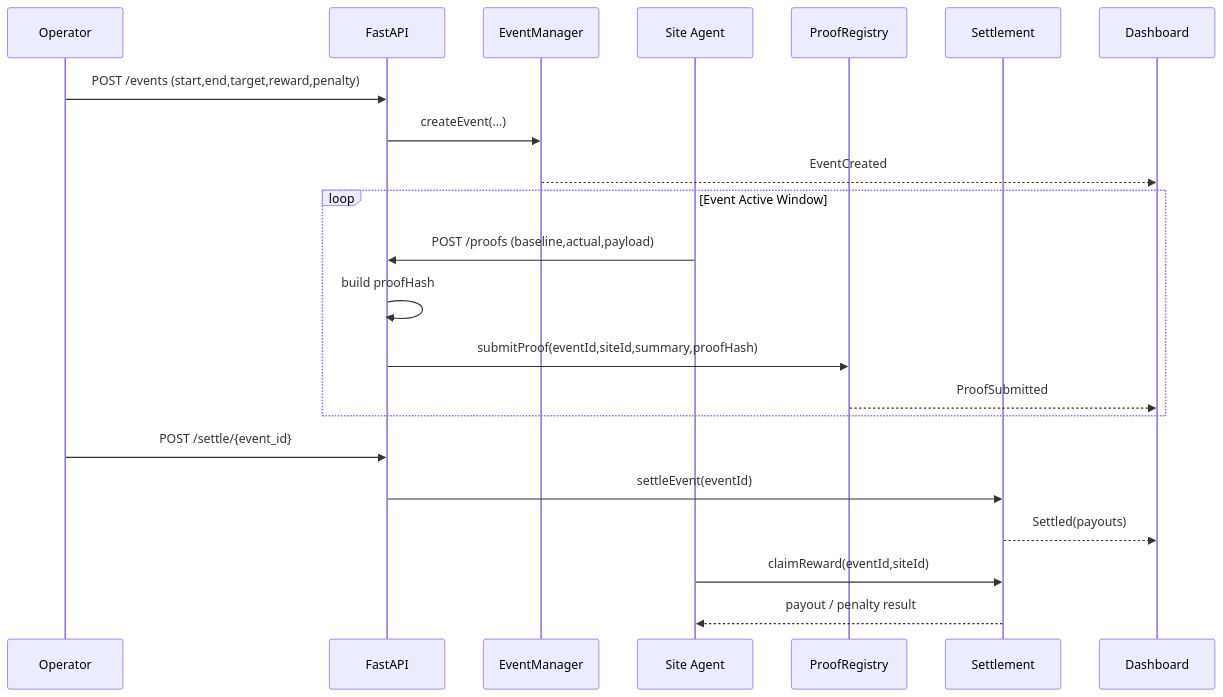
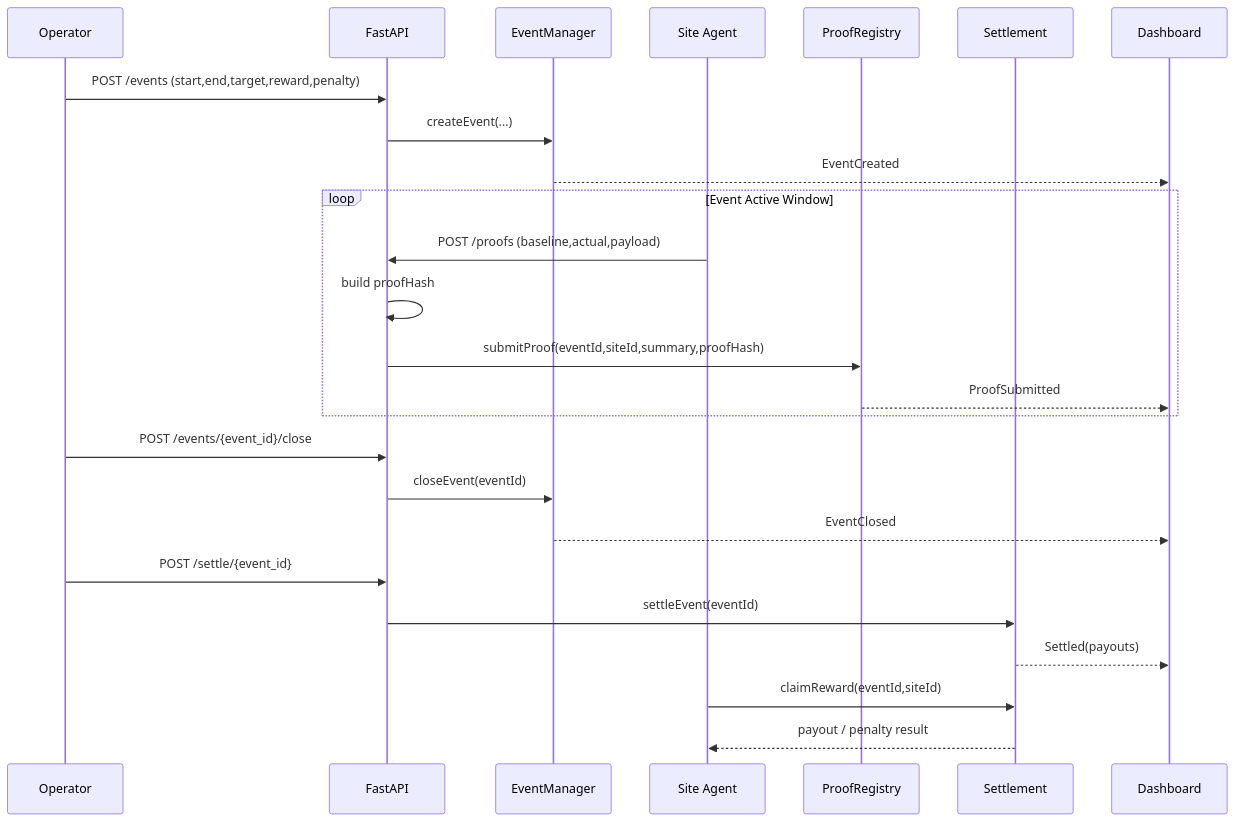
One commit to AIEnergyBlockchain/StorageAlpha changed the second of 2 diagrams in README.md. Above: the diagram before and after it, drawn with Mermaid. The commit also changed other lines of this file and 29 other files, not shown here.

````diff
--- a/README.md
+++ b/README.md
@@ -219,28 +280,32 @@
 ```mermaid
 sequenceDiagram
     participant O as Operator
     participant API as FastAPI
     participant EM as EventManager
     participant AG as Site Agent
     participant PR as ProofRegistry
     participant ST as Settlement
     participant D as Dashboard
 
     O->>API: POST /events (start,end,target,reward,penalty)
     API->>EM: createEvent(...)
     EM-->>D: EventCreated
 
     loop Event Active Window
         AG->>API: POST /proofs (baseline,actual,payload)
         API->>API: build proofHash
         API->>PR: submitProof(eventId,siteId,summary,proofHash)
         PR-->>D: ProofSubmitted
     end
 
+    O->>API: POST /events/{event_id}/close
+    API->>EM: closeEvent(eventId)
+    EM-->>D: EventClosed
+
     O->>API: POST /settle/{event_id}
     API->>ST: settleEvent(eventId)
     ST-->>D: Settled(payouts)
 
     AG->>ST: claimReward(eventId,siteId)
     ST-->>AG: payout / penalty result
 ```
````
